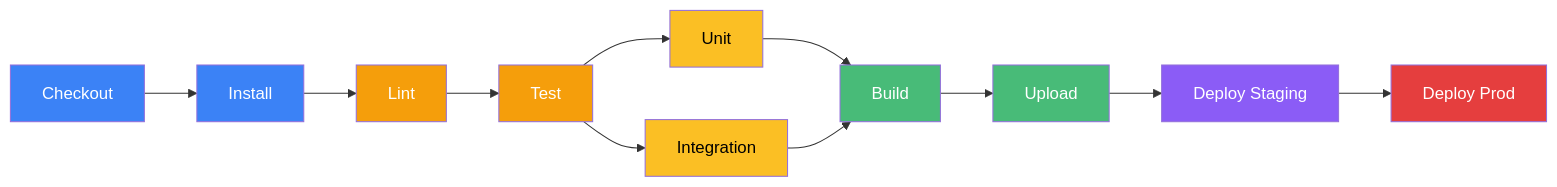
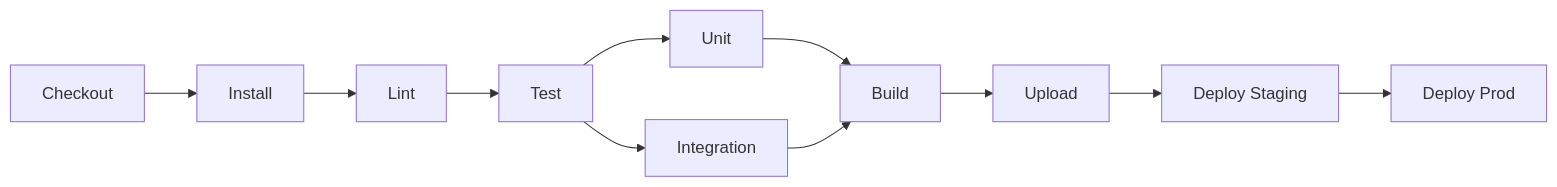
One commit to Foreach-Academy-France/formation-devops-initiation changed the second of 3 diagrams in slides/05-cicd-github-actions.md. Above: the diagram before and after it, drawn with Mermaid. The commit also changed other lines of this file, not shown here.

Commit message:
🐛 fix(slides): remove style commands from Mermaid flowcharts
Test sans les lignes style pour identifier la source de l'erreur.
Les diagrammes Mermaid s'affichent correctement dans le playground
mais pas dans Marp avec les styles.

Hypothèse: Marp/Mermaid ne supporte pas les styles personnalisés
dans les blocs ```mermaid.

Test avec diagrammes simples sans couleurs.

🤖 Generated with [Claude Code](https://claude.com/claude-code)

````diff
--- a/slides/05-cicd-github-actions.md
+++ b/slides/05-cicd-github-actions.md
@@ -223,24 +223,13 @@
 ```mermaid
 flowchart LR
     A[Checkout] --> B[Install]
     B --> C[Lint]
     C --> D[Test]
     D --> E[Unit]
     D --> F[Integration]
     E --> G[Build]
     F --> G
     G --> H[Upload]
     H --> I[Deploy Staging]
     I --> J[Deploy Prod]
-
-    style A fill:#3b82f6,color:#fff
-    style B fill:#3b82f6,color:#fff
-    style C fill:#f59e0b,color:#fff
-    style D fill:#f59e0b,color:#fff
-    style E fill:#fbbf24,color:#000
-    style F fill:#fbbf24,color:#000
-    style G fill:#48bb78,color:#fff
-    style H fill:#48bb78,color:#fff
-    style I fill:#8b5cf6,color:#fff
-    style J fill:#e53e3e,color:#fff
 ```
````
